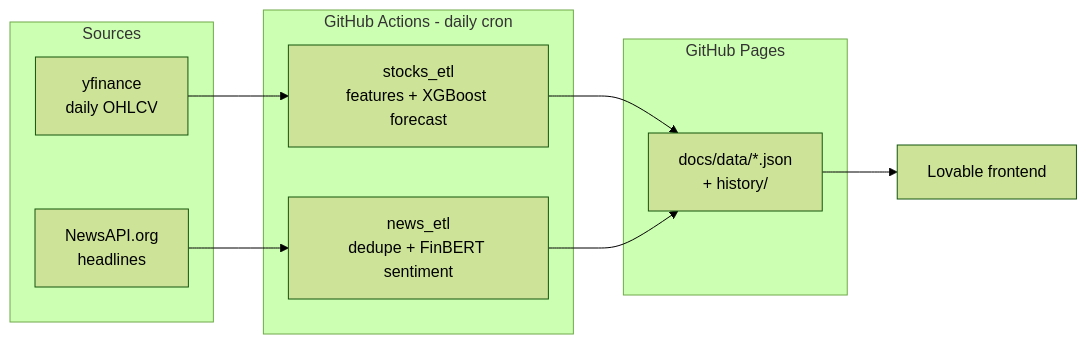
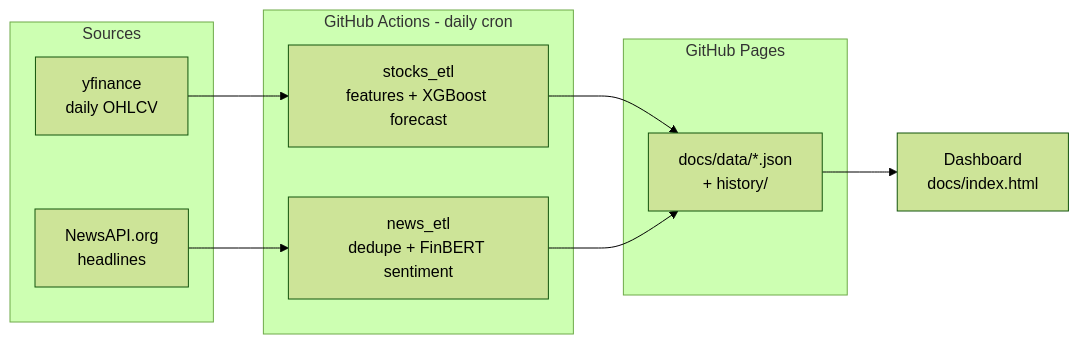
Before and after one commit to Pipe199x/StockSentinel: the diagram in README.md, drawn with Mermaid (forest theme). The commit also changed other lines of this file and 2 other files, not shown here.

First line of the commit message:
docs: make the GitHub Pages dashboard the main site

````diff
--- a/README.md
+++ b/README.md
@@ -14,19 +16,19 @@
 ```mermaid
 flowchart LR
     subgraph Sources
         YF[yfinance<br/>daily OHLCV]
         NA[NewsAPI.org<br/>headlines]
     end
     subgraph GitHub Actions - daily cron
         SE[stocks_etl<br/>features + XGBoost forecast]
         NE[news_etl<br/>dedupe + FinBERT sentiment]
     end
     subgraph GitHub Pages
         D[docs/data/*.json<br/>+ history/]
     end
-    FE[Lovable frontend]
+    FE[Dashboard<br/>docs/index.html]
 
     YF --> SE --> D
     NA --> NE --> D
     D --> FE
 ```
````
